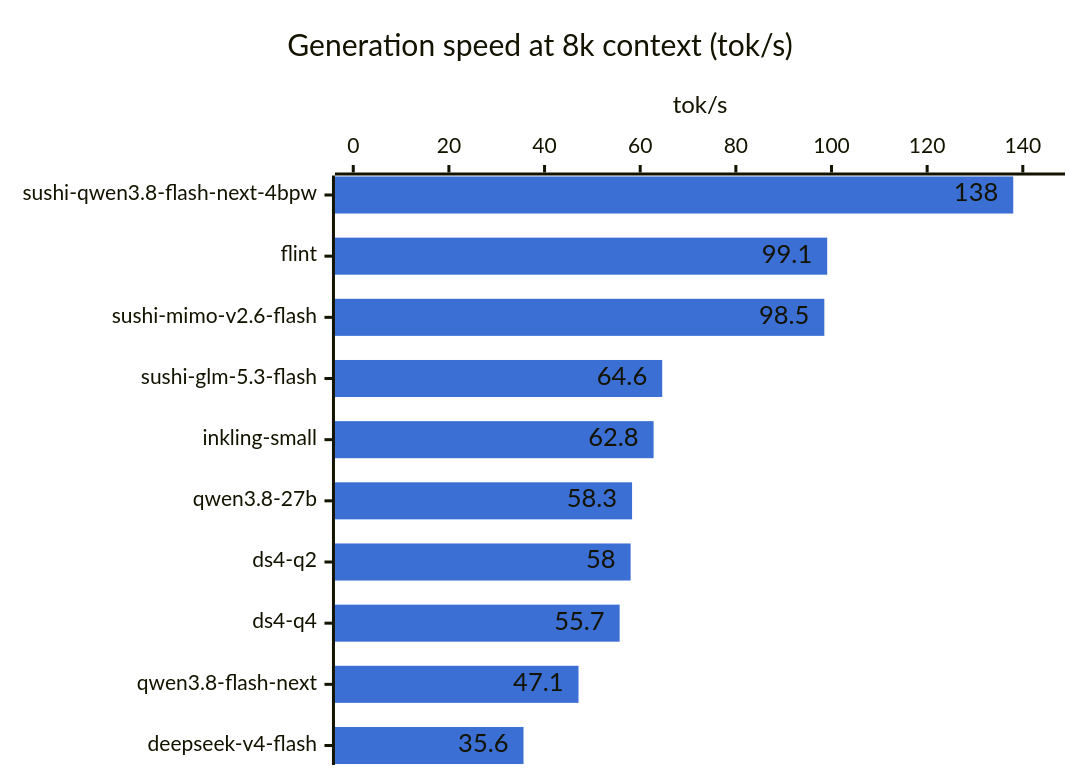
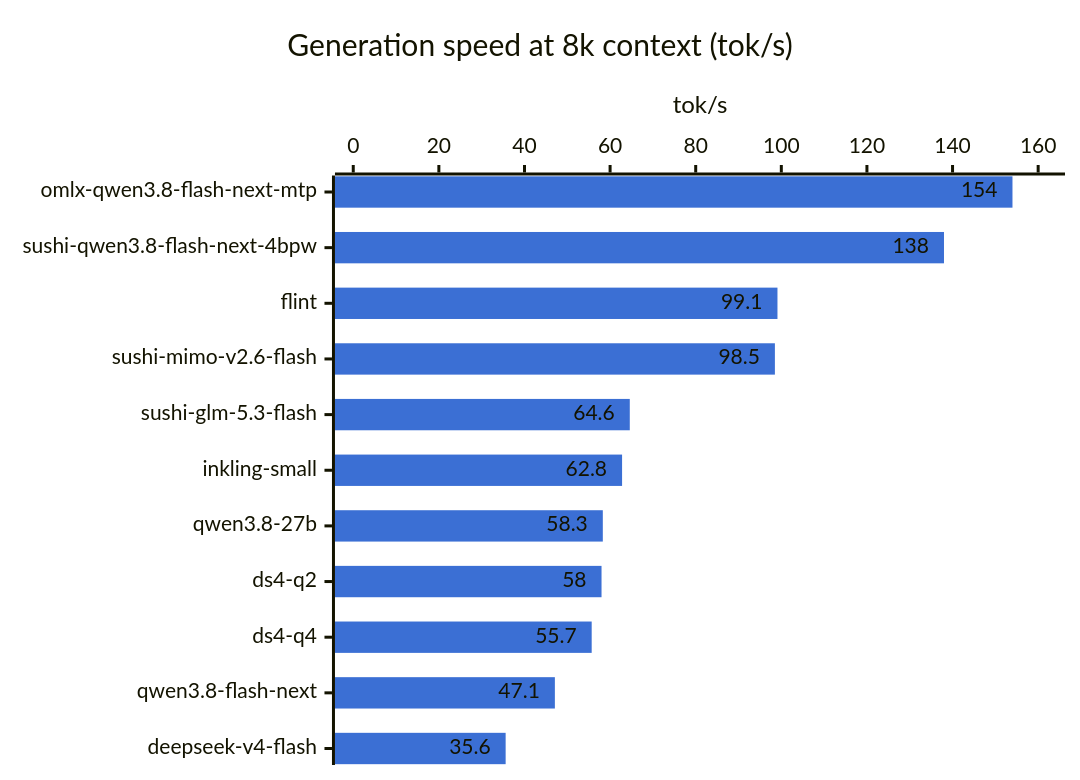
The second of 2 diagrams in RESULTS-mac.md (hofftodd/ai-bench), drawn with Mermaid before and after one commit. The commit also changed other lines of this file and 7 other files, not shown here.

First line of the commit message:
Results: Qwen3.8-Flash-Next on oMLX; concurrency on three Mac engines

````diff
--- a/RESULTS-mac.md
+++ b/RESULTS-mac.md
@@ -41,8 +42,8 @@
 ```mermaid
 %%{init: {"xyChart": {"showDataLabel": true}, "themeVariables": {"xyChart": {"plotColorPalette": "#3b6fd4"}}}}%%
 xychart-beta horizontal
     title "Generation speed at 8k context (tok/s)"
-    x-axis ["sushi-qwen3.8-flash-next-4bpw", "flint", "sushi-mimo-v2.6-flash", "sushi-glm-5.3-flash", "inkling-small", "qwen3.8-27b", "ds4-q2", "ds4-q4", "qwen3.8-flash-next", "deepseek-v4-flash"]
-    y-axis "tok/s" 0 --> 145
-    bar [138.0, 99.1, 98.5, 64.6, 62.8, 58.3, 58.0, 55.7, 47.1, 35.6]
+    x-axis ["omlx-qwen3.8-flash-next-mtp", "sushi-qwen3.8-flash-next-4bpw", "flint", "sushi-mimo-v2.6-flash", "sushi-glm-5.3-flash", "inkling-small", "qwen3.8-27b", "ds4-q2", "ds4-q4", "qwen3.8-flash-next", "deepseek-v4-flash"]
+    y-axis "tok/s" 0 --> 162
+    bar [154.0, 138.0, 99.1, 98.5, 64.6, 62.8, 58.3, 58.0, 55.7, 47.1, 35.6]
 ```
````
